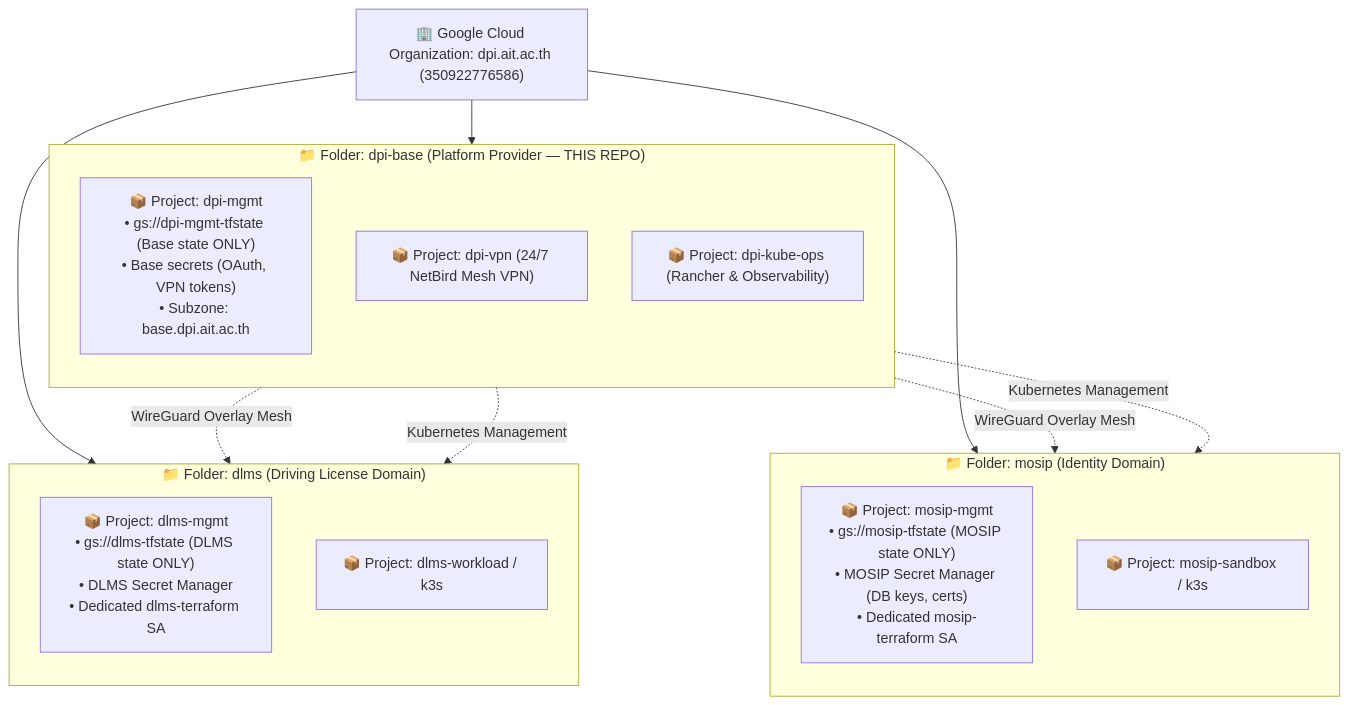
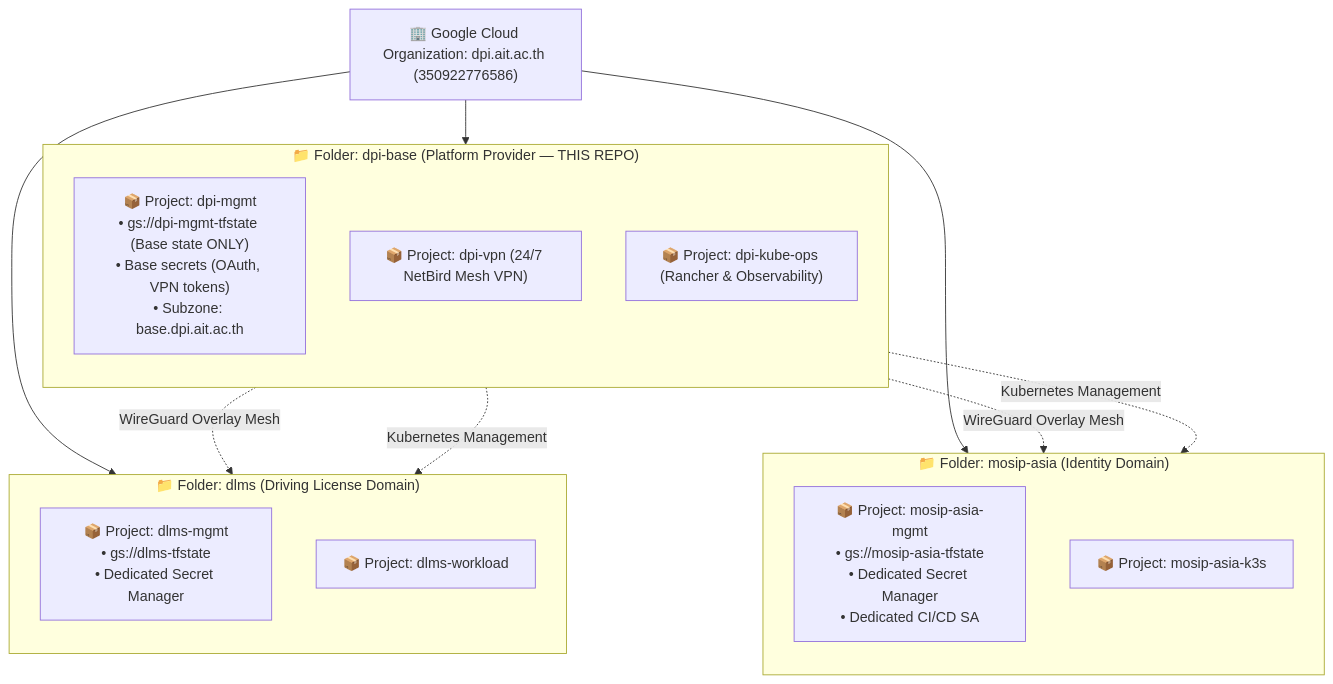
Before and after one commit to mosip-asia/dpi-base: the diagram in README.md, drawn with Mermaid. The commit also changed other lines of this file and 10 other files, not shown here.

````diff
--- a/README.md
+++ b/README.md
@@ -58,32 +25,32 @@
 ```mermaid
 flowchart TD
     ORG["🏢 Google Cloud Organization: dpi.ait.ac.th (350922776586)"]
 
     subgraph FOLDER_BASE ["📁 Folder: dpi-base (Platform Provider — THIS REPO)"]
         direction TB
         P_MGMT["📦 Project: dpi-mgmt<br/>• gs://dpi-mgmt-tfstate (Base state ONLY)<br/>• Base secrets (OAuth, VPN tokens)<br/>• Subzone: base.dpi.ait.ac.th"]
         P_VPN["📦 Project: dpi-vpn (24/7 NetBird Mesh VPN)"]
         P_KUBE["📦 Project: dpi-kube-ops (Rancher & Observability)"]
     end
 
-    subgraph FOLDER_MOSIP ["📁 Folder: mosip (Identity Domain)"]
+    subgraph FOLDER_MOSIP ["📁 Folder: mosip-asia (Identity Domain)"]
         direction TB
-        M_MGMT["📦 Project: mosip-mgmt<br/>• gs://mosip-tfstate (MOSIP state ONLY)<br/>• MOSIP Secret Manager (DB keys, certs)<br/>• Dedicated mosip-terraform SA"]
-        M_WORK["📦 Project: mosip-sandbox / k3s"]
+        M_MGMT["📦 Project: mosip-asia-mgmt<br/>• gs://mosip-asia-tfstate<br/>• Dedicated Secret Manager<br/>• Dedicated CI/CD SA"]
+        M_WORK["📦 Project: mosip-asia-k3s"]
     end
 
     subgraph FOLDER_DLMS ["📁 Folder: dlms (Driving License Domain)"]
         direction TB
-        D_MGMT["📦 Project: dlms-mgmt<br/>• gs://dlms-tfstate (DLMS state ONLY)<br/>• DLMS Secret Manager<br/>• Dedicated dlms-terraform SA"]
-        D_WORK["📦 Project: dlms-workload / k3s"]
+        D_MGMT["📦 Project: dlms-mgmt<br/>• gs://dlms-tfstate<br/>• Dedicated Secret Manager"]
+        D_WORK["📦 Project: dlms-workload"]
     end
 
     ORG --> FOLDER_BASE
     ORG --> FOLDER_MOSIP
     ORG --> FOLDER_DLMS
 
     P_VPN -.->|WireGuard Overlay Mesh| M_WORK
     P_VPN -.->|WireGuard Overlay Mesh| D_WORK
     P_KUBE -.->|Kubernetes Management| M_WORK
     P_KUBE -.->|Kubernetes Management| D_WORK
 ```
````
